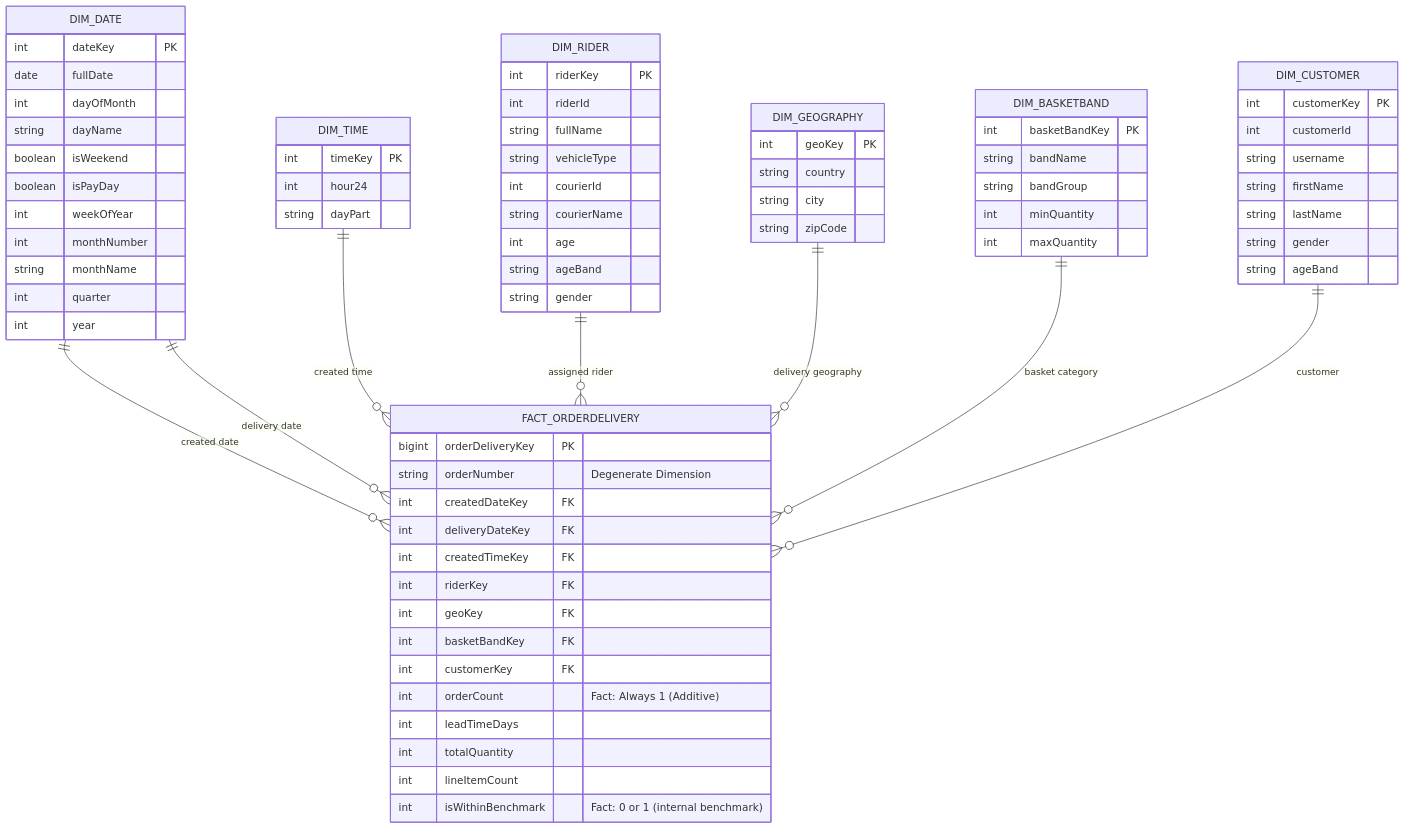
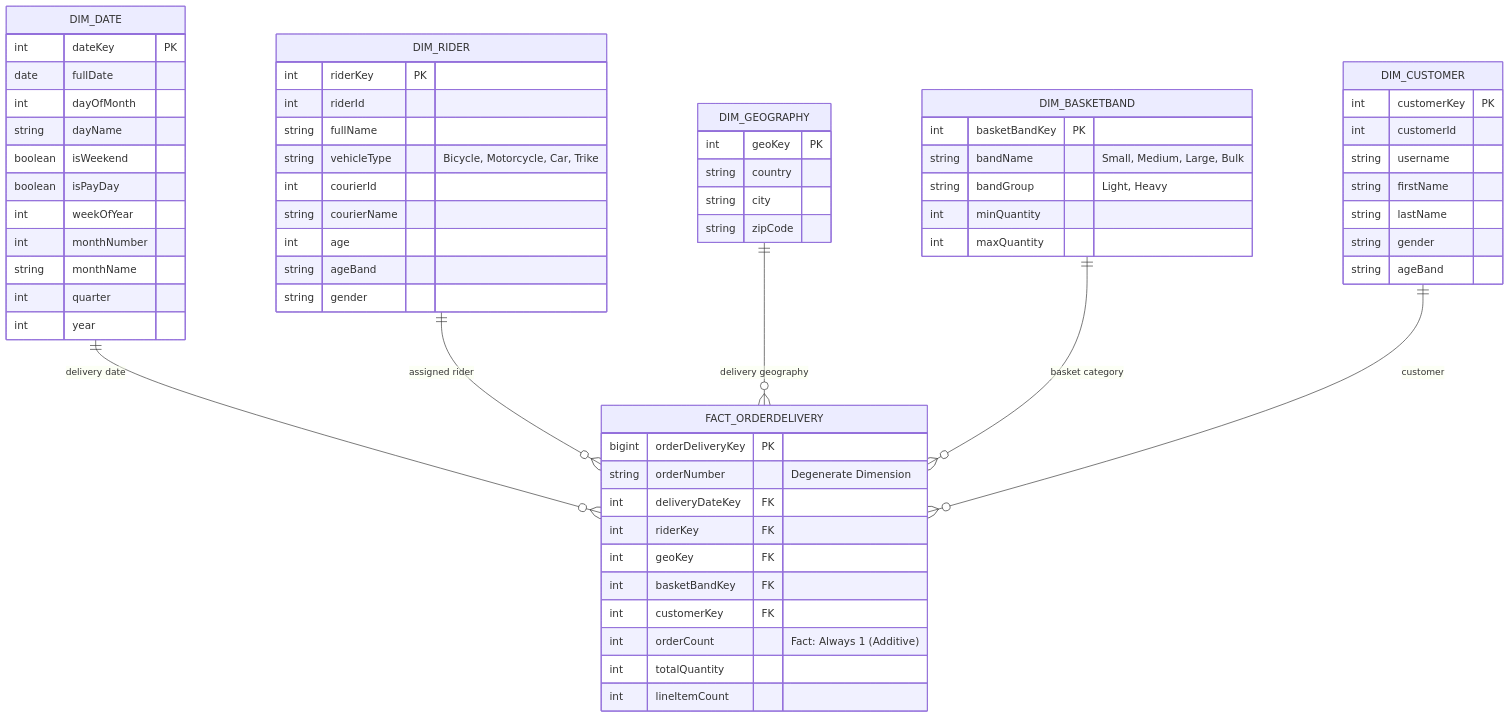
One commit to mbchavez27/data-warehouse-olap-dashboard changed the diagram in docs/database/data-warehouse-schema.md. Above: the diagram before and after it, drawn with Mermaid.

Commit message:
feat: add data warehouse schema using star

```diff
--- a/docs/database/data-warehouse-schema.md
+++ b/docs/database/data-warehouse-schema.md
@@ -7,18 +7,14 @@
     FACT_ORDERDELIVERY {
         bigint orderDeliveryKey PK
         string orderNumber "Degenerate Dimension"
-        int createdDateKey FK
         int deliveryDateKey FK
-        int createdTimeKey FK
         int riderKey FK
         int geoKey FK
         int basketBandKey FK
         int customerKey FK
         int orderCount "Fact: Always 1 (Additive)"
-        int leadTimeDays
         int totalQuantity
         int lineItemCount
-        int isWithinBenchmark "Fact: 0 or 1 (internal benchmark)"
     }
 
     DIM_DATE {
@@ -35,17 +31,11 @@
         int year
     }
 
-    DIM_TIME {
-        int timeKey PK
-        int hour24
-        string dayPart
-    }
-
     DIM_RIDER {
         int riderKey PK
         int riderId
         string fullName
-        string vehicleType
+        string vehicleType "Bicycle, Motorcycle, Car, Trike"
         int courierId
         string courierName
         int age
@@ -62,8 +52,8 @@
 
     DIM_BASKETBAND {
         int basketBandKey PK
-        string bandName
-        string bandGroup
+        string bandName "Small, Medium, Large, Bulk"
+        string bandGroup "Light, Heavy"
         int minQuantity
         int maxQuantity
     }
@@ -78,9 +68,7 @@
         string ageBand
     }
 
-    DIM_DATE ||--o{ FACT_ORDERDELIVERY : "created date"
     DIM_DATE ||--o{ FACT_ORDERDELIVERY : "delivery date"
-    DIM_TIME ||--o{ FACT_ORDERDELIVERY : "created time"
     DIM_RIDER ||--o{ FACT_ORDERDELIVERY : "assigned rider"
     DIM_GEOGRAPHY ||--o{ FACT_ORDERDELIVERY : "delivery geography"
     DIM_BASKETBAND ||--o{ FACT_ORDERDELIVERY : "basket category"
```
